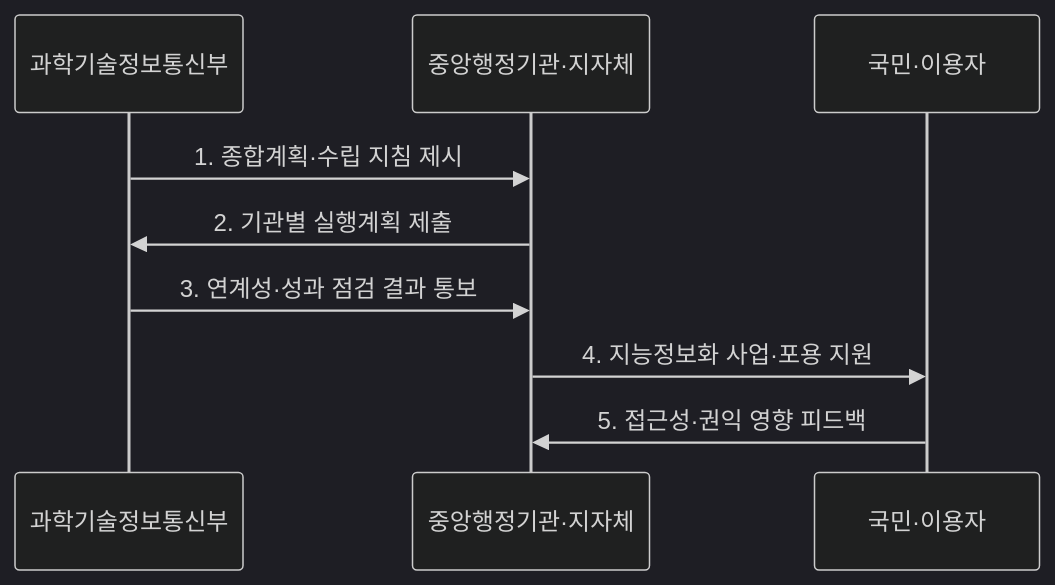
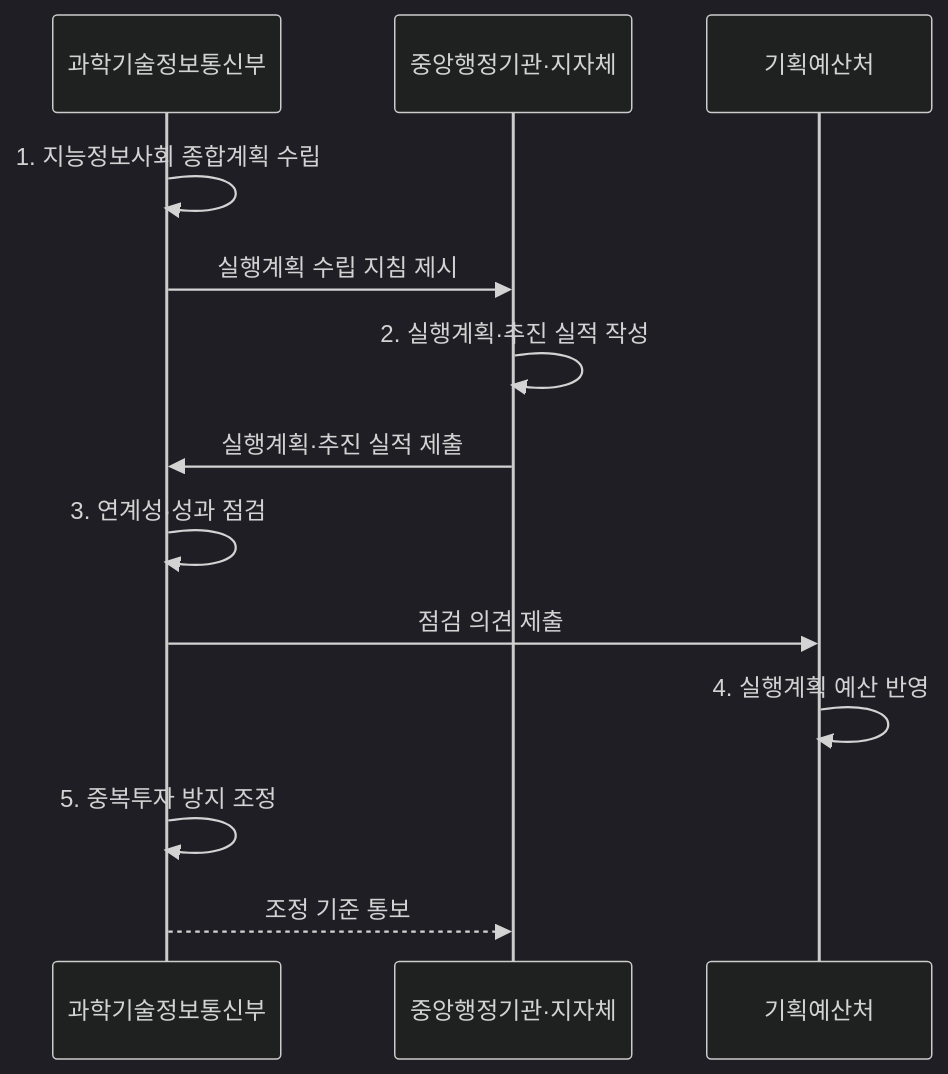
One commit to agnusdei1207/knowledge-base changed the second of 2 diagrams in src/content/docs/notes/07-law-policy/021_intelligent_informatization_basic_act.md. Above: the diagram before and after it, drawn with Mermaid (dark theme). The commit also changed other lines of this file and 20 other files, not shown here.

````diff
--- a/src/content/docs/notes/07-law-policy/021_intelligent_informatization_basic_act.md
+++ b/src/content/docs/notes/07-law-policy/021_intelligent_informatization_basic_act.md
@@ -79,11 +76,15 @@
 ```mermaid
 sequenceDiagram
     participant G as 과학기술정보통신부
     participant A as 중앙행정기관·지자체
-    participant U as 국민·이용자
-    G->>A: 1. 종합계획·수립 지침 제시
-    A->>G: 2. 기관별 실행계획 제출
-    G->>A: 3. 연계성·성과 점검 결과 통보
-    A->>U: 4. 지능정보화 사업·포용 지원
-    U->>A: 5. 접근성·권익 영향 피드백
+    participant B as 기획예산처
+    G->>G: 1. 지능정보사회 종합계획 수립
+    G->>A: 실행계획 수립 지침 제시
+    A->>A: 2. 실행계획·추진 실적 작성
+    A->>G: 실행계획·추진 실적 제출
+    G->>G: 3. 연계성·성과 점검
+    G->>B: 점검 의견 제출
+    B->>B: 4. 실행계획 예산 반영
+    G->>G: 5. 중복투자 방지 조정
+    G-->>A: 조정 기준 통보
 ```
````
